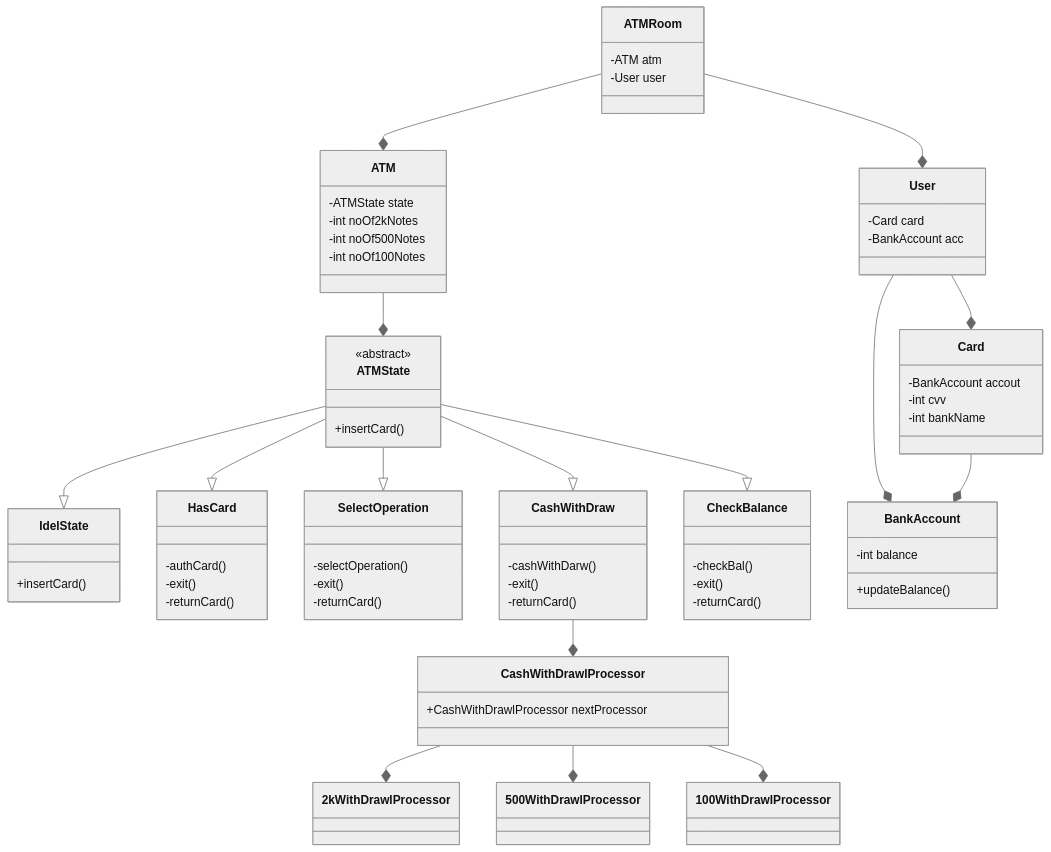
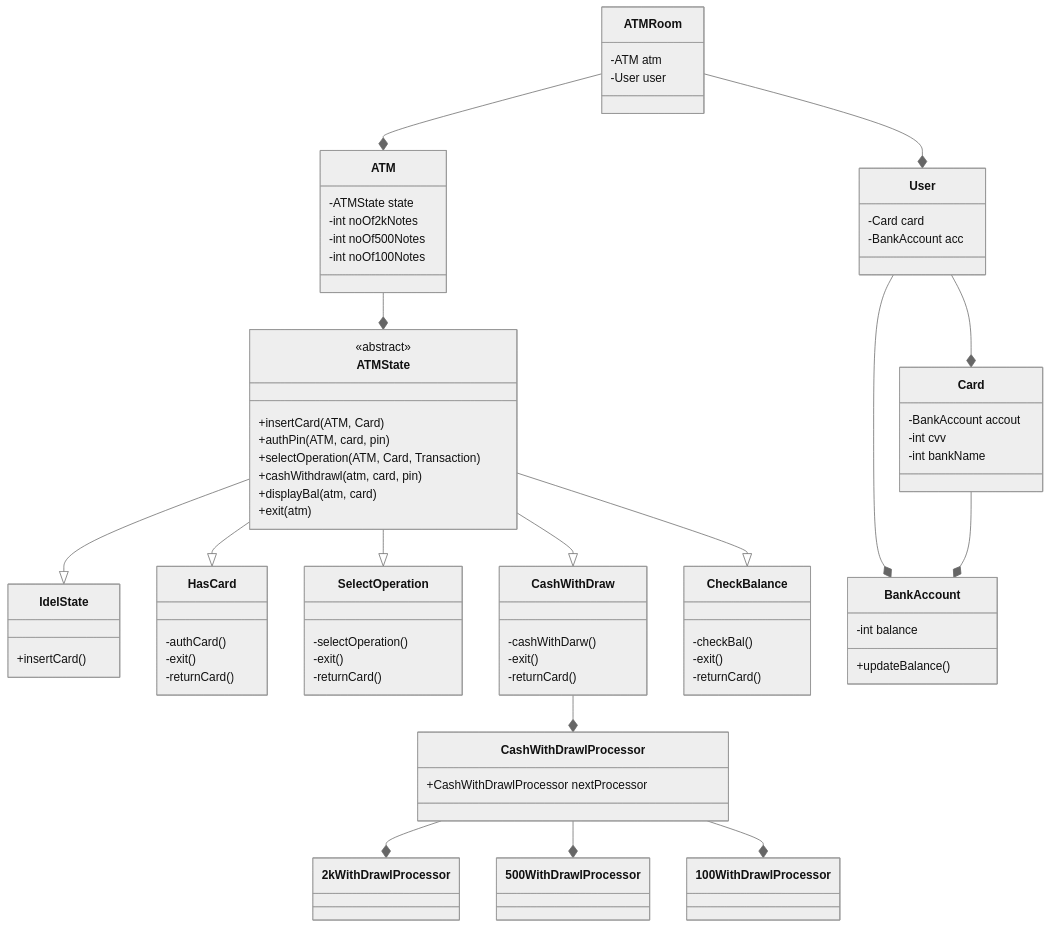
Before and after one commit to akashfit2max/low.level.design: the diagram in src/main/java/com/akash/low/level/design/case_studies/ATMMachine/atm.md, drawn with Mermaid (neutral theme). The commit also changed 16 other files, not shown here.

```diff
--- a/src/main/java/com/akash/low/level/design/case_studies/ATMMachine/atm.md
+++ b/src/main/java/com/akash/low/level/design/case_studies/ATMMachine/atm.md
@@ -2,7 +2,12 @@
 classDiagram
     class ATMState {
         <<abstract>>
-        +insertCard()
+        +insertCard(ATM, Card)
+        +authPin(ATM, card, pin)
+        +selectOperation(ATM, Card, Transaction)
+        +cashWithdrawl(atm, card, pin)
+        +displayBal(atm, card)
+        +exit(atm)
     }
     class IdelState {
         +insertCard()
```
